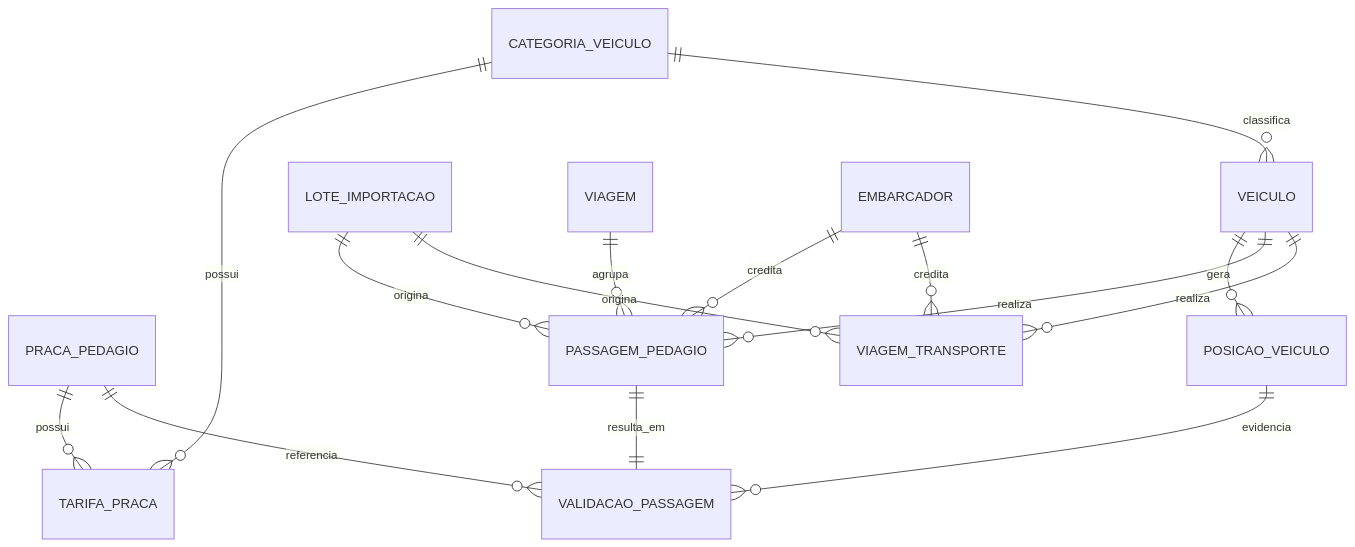
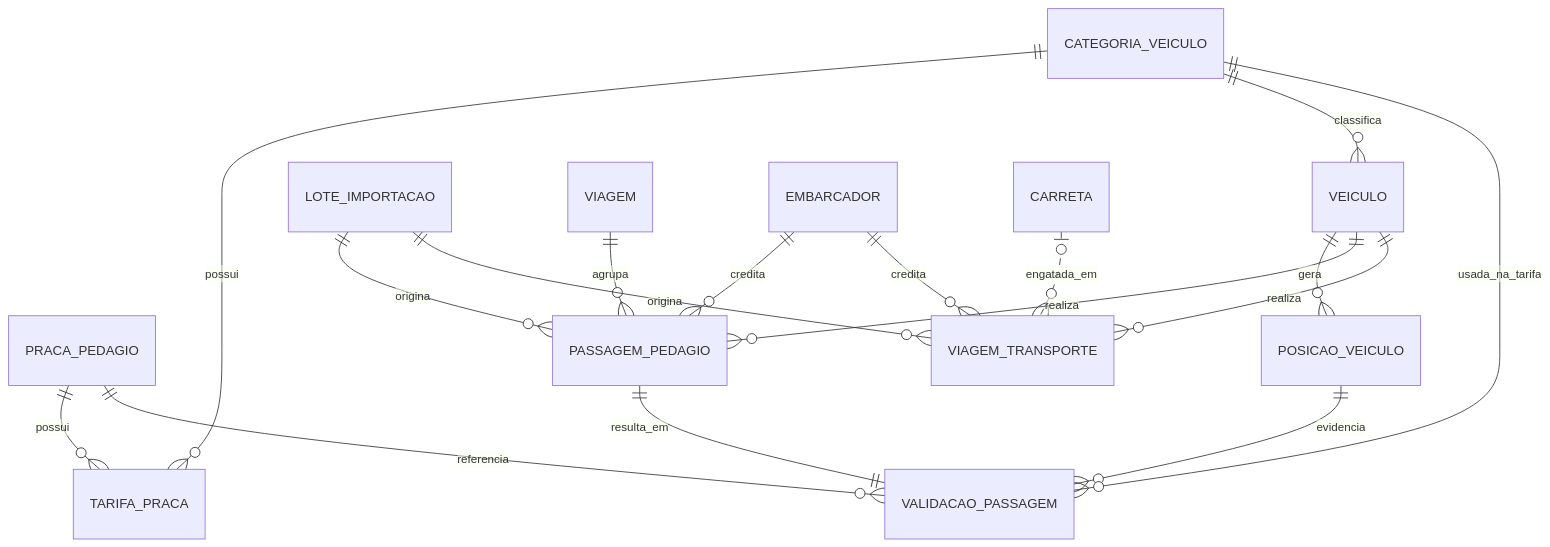
Before and after one commit to AleNunesJesus/Pedagio: the diagram in docs/modelo-dados.md, drawn with Mermaid. The commit also changed other lines of this file and 16 other files, not shown here.

First line of the commit message:
feat: tarifa por composicao real cavalo + carreta(s) (FASE 14)

````diff
--- a/docs/modelo-dados.md
+++ b/docs/modelo-dados.md
@@ -27,17 +27,19 @@
 ```mermaid
 erDiagram
     PRACA_PEDAGIO ||--o{ TARIFA_PRACA : possui
     PRACA_PEDAGIO ||--o{ VALIDACAO_PASSAGEM : referencia
     CATEGORIA_VEICULO ||--o{ TARIFA_PRACA : possui
     CATEGORIA_VEICULO ||--o{ VEICULO : classifica
     VEICULO ||--o{ POSICAO_VEICULO : gera
     VEICULO ||--o{ PASSAGEM_PEDAGIO : realiza
     LOTE_IMPORTACAO ||--o{ PASSAGEM_PEDAGIO : origina
     PASSAGEM_PEDAGIO ||--|| VALIDACAO_PASSAGEM : resulta_em
     POSICAO_VEICULO ||--o{ VALIDACAO_PASSAGEM : evidencia
     VIAGEM ||--o{ PASSAGEM_PEDAGIO : agrupa
     EMBARCADOR ||--o{ PASSAGEM_PEDAGIO : credita
     VEICULO ||--o{ VIAGEM_TRANSPORTE : realiza
     EMBARCADOR ||--o{ VIAGEM_TRANSPORTE : credita
     LOTE_IMPORTACAO ||--o{ VIAGEM_TRANSPORTE : origina
+    CARRETA |o..o{ VIAGEM_TRANSPORTE : engatada_em
+    CATEGORIA_VEICULO ||--o{ VALIDACAO_PASSAGEM : usada_na_tarifa
 ```
````
